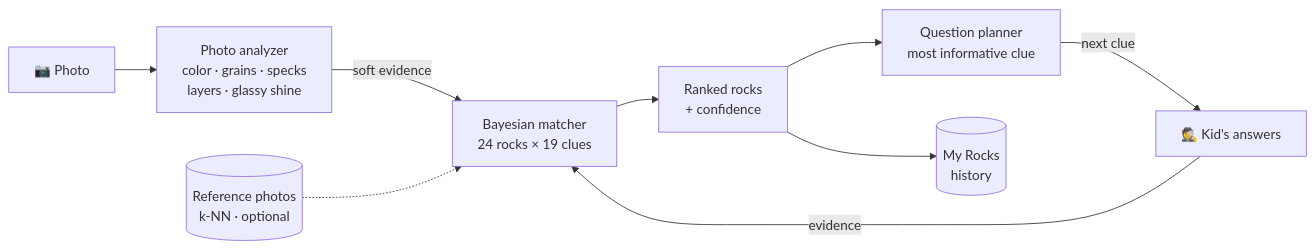
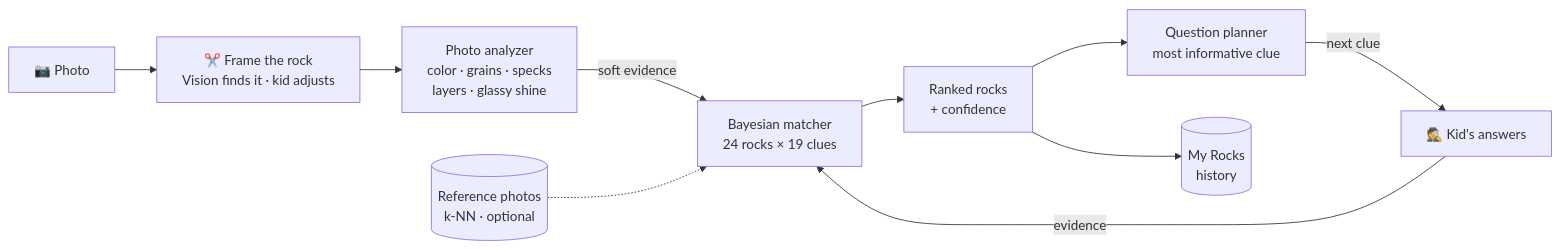
The diagram in README.md (Tonylic/rock-detective), drawn with Mermaid before and after one commit. The commit also changed other lines of this file and 12 other files, not shown here.

First line of the commit message:
Add "Frame your rock" crop step before identification

````diff
--- a/README.md
+++ b/README.md
@@ -95,11 +96,12 @@
 ```mermaid
 flowchart LR
-    P["📷 Photo"] --> A["Photo analyzer<br/>color · grains · specks<br/>layers · glassy shine"]
+    P["📷 Photo"] --> F["✂️ Frame the rock<br/>Vision finds it · kid adjusts"]
+    F --> A["Photo analyzer<br/>color · grains · specks<br/>layers · glassy shine"]
     A -- "soft evidence" --> M["Bayesian matcher<br/>24 rocks × 19 clues"]
     K["🕵️ Kid's answers"] -- "evidence" --> M
     R[("Reference photos<br/>k-NN · optional")] -.-> M
     M --> O["Ranked rocks<br/>+ confidence"]
     O --> Q["Question planner<br/>most informative clue"]
     Q -- "next clue" --> K
     O --> H[("My Rocks<br/>history")]
 ```
````
